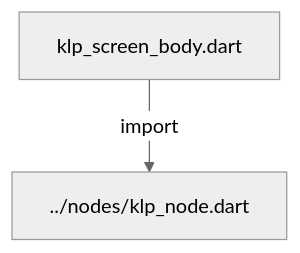
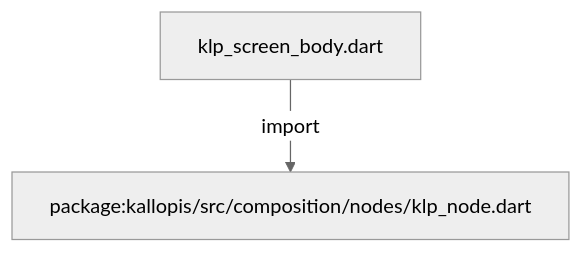
Before and after one commit to MiuDog/Kallopis: the first of 3 diagrams in docs/architecture/src/composition/slots/klp_screen_body.md, drawn with Mermaid (neutral theme). The commit also changed other lines of this file and 9688 other files, not shown here.

Commit message:
Prepare isolated Flow F2 peer baseline

````diff
--- a/docs/architecture/src/composition/slots/klp_screen_body.md
+++ b/docs/architecture/src/composition/slots/klp_screen_body.md
@@ -11,6 +11,6 @@
 ```mermaid
 flowchart TD
 	n0["klp_screen_body.dart"]
-	n1["../nodes/klp_node.dart"]
+	n1["package:kallopis/src/composition/nodes/klp_node.dart"]
 	n0 -->|"import"| n1
 ```
````
